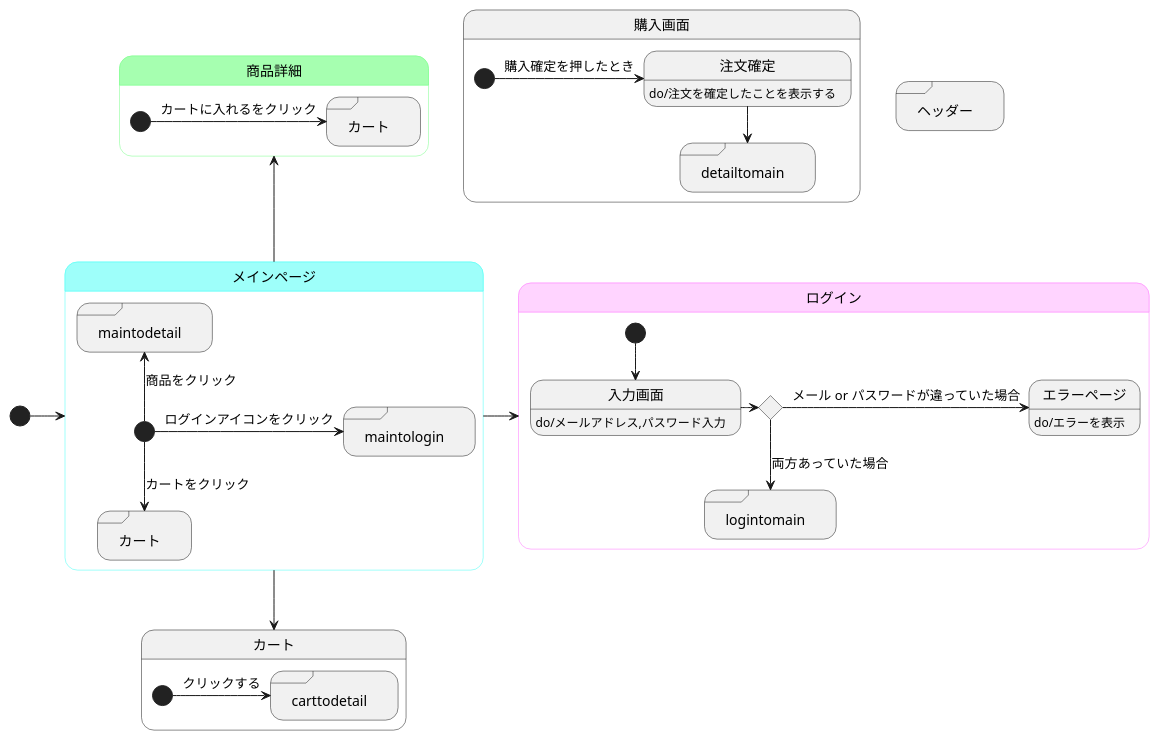
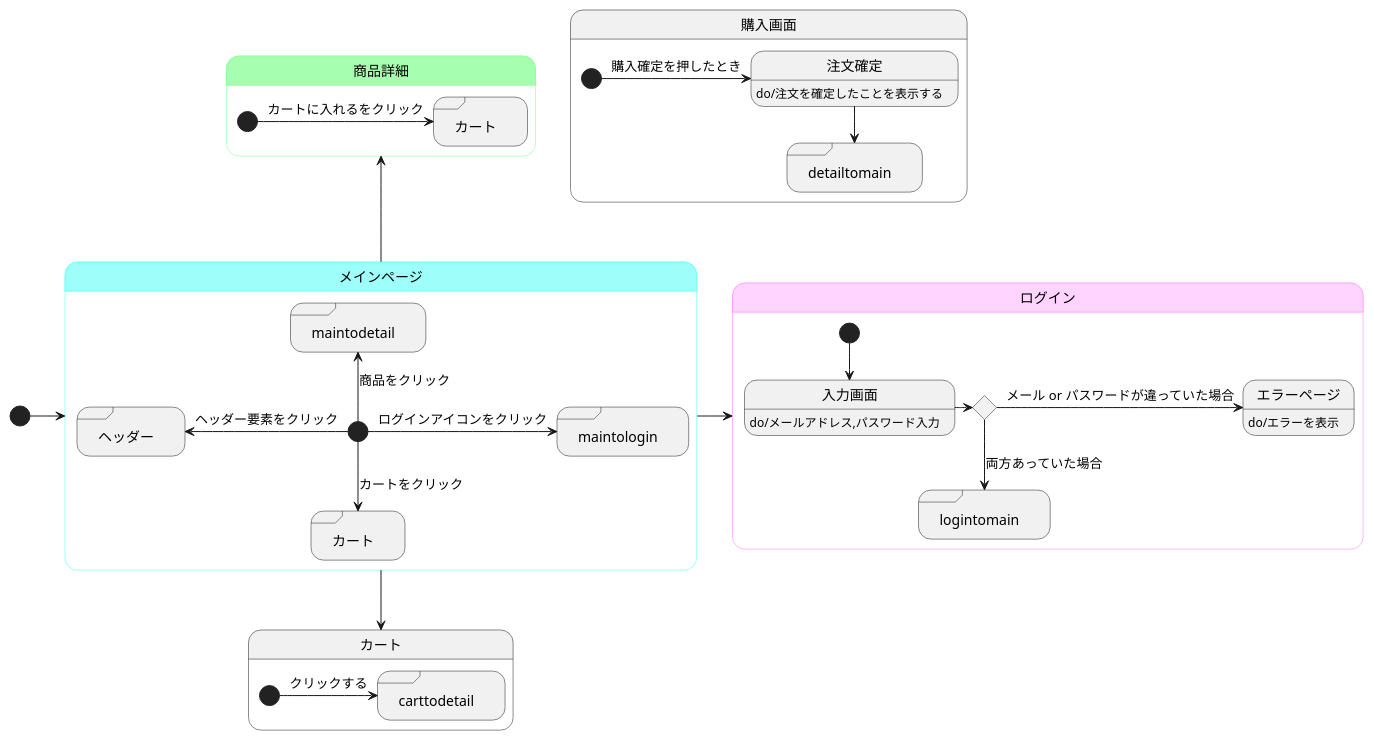
The diagram in UML.md (akutori/T-D-E), drawn with PlantUML before and after one commit.

Commit message:
ヘッダー遷移を追加

````diff
--- a/UML.md
+++ b/UML.md
@@ -1,71 +1,73 @@
 ```uml
 @startuml
 
 [*]->メインページ
 メインページ->ログイン
 メインページ-->カート
 メインページ-up->商品詳細
 
 state メインページ<<mainpage>>{
 state "ログイン" as maintologin <<sdlreceive>>
 state "カート" as maintocart <<sdlreceive>>
 state "商品詳細" as maintodetail <<sdlreceive>>
+state "ヘッダー" as headder <<sdlreceive>>
     [*]-> maintologin :ログインアイコンをクリック
     [*]--> maintocart :カートをクリック
     [*]-up-> maintodetail :商品をクリック
+    [*]-left-> headder :ヘッダー要素をクリック
 }
 
 state ログイン<<login>>{
 state input <<choice>>
 state "メインページ" as logintomain<<sdlreceive>>
 
 入力画面:do/メールアドレス,パスワード入力
 エラーページ:do/エラーを表示
     [*]--> 入力画面
     入力画面->input
     input->エラーページ:メール or パスワードが違っていた場合
     input-->logintomain : 両方あっていた場合
 
 }
 
 state 購入画面{
 state "メインページ" as detailtomain<<sdlreceive>>
 注文確定:do/注文を確定したことを表示する
     [*]->注文確定 :購入確定を押したとき
     注文確定-->detailtomain
 }
 
 
 state カート{
 state "商品詳細" as carttodetail <<sdlreceive>>
 
     [*]->carttodetail :クリックする
 }
 
 state 商品詳細<<detail>>{
 state "カート" as detailtocart <<sdlreceive>>
 
     [*]->detailtocart :カートに入れるをクリック
 }
 
-state "ヘッダー" <<sdlreceive>>
+
 
 ' メインページカラー
 skinparam stateBorderColor<<mainpage>> #40fff5
 state メインページ #9efffa
 state detailtomain #9efffa
 state logintomain #9efffa
 
 ' ログインカラー
 skinparam stateBorderColor<<login>> #ff73ff
 state ログイン #ffd4ff
 state maintologin #ffd4ff
 
 ' 商品詳細カラー
 skinparam stateBorderColor<<detail>> #78ff88
 state 商品詳細 #a6ffb0
 state carttodetail #a6ffb0
 state maintodetail #a6ffb0
 
 @enduml
 ```
````
